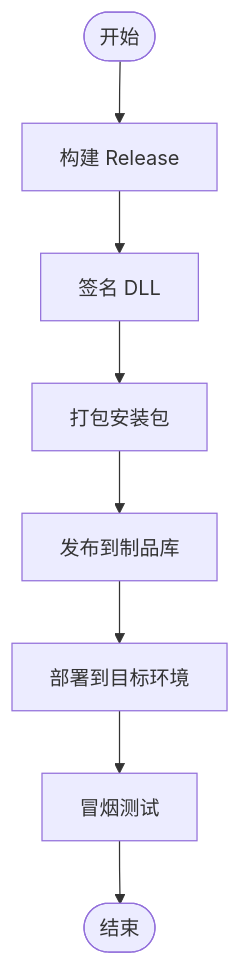
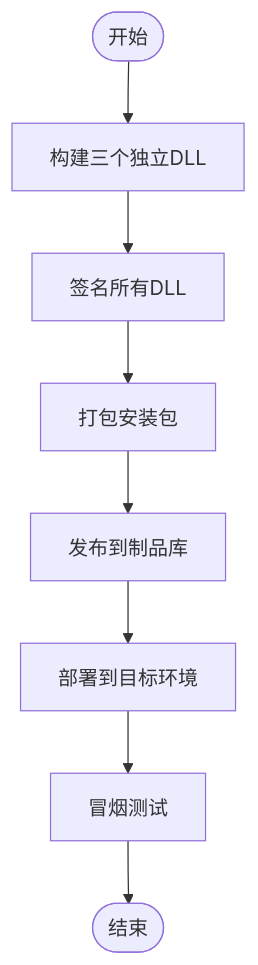
Before and after one commit to fuweiq94-cloud/339918076: the fifth of 8 diagrams in .qoder/repowiki/zh/content/开发指南/构建与部署.md, drawn with Mermaid. The commit also changed other lines of this file and 203 other files, not shown here.

````diff
--- a/.qoder/repowiki/zh/content/开发指南/构建与部署.md
+++ b/.qoder/repowiki/zh/content/开发指南/构建与部署.md
@@ -188,10 +281,10 @@
 ```mermaid
 flowchart TD
-Start(["开始"]) --> Build["构建 Release"]
-Build --> Sign["签名 DLL"]
+Start(["开始"]) --> Build["构建三个独立DLL"]
+Build --> Sign["签名所有DLL"]
 Sign --> Package["打包安装包"]
 Package --> Publish["发布到制品库"]
 Publish --> Deploy["部署到目标环境"]
 Deploy --> Verify["冒烟测试"]
 Verify --> End(["结束"])
 ```
````
